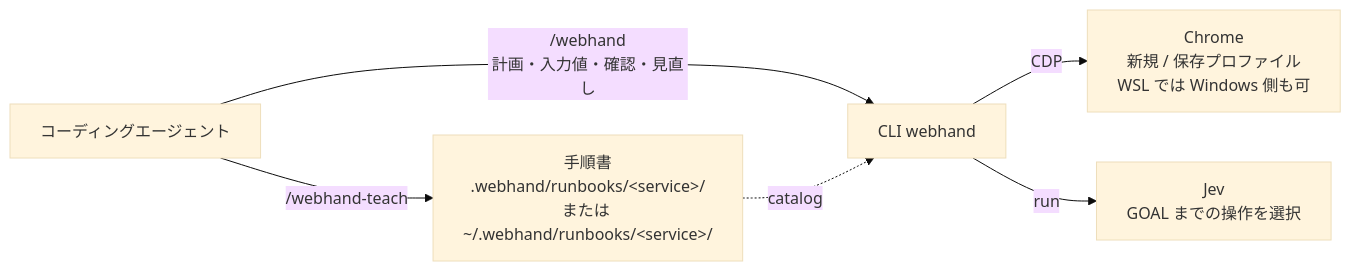
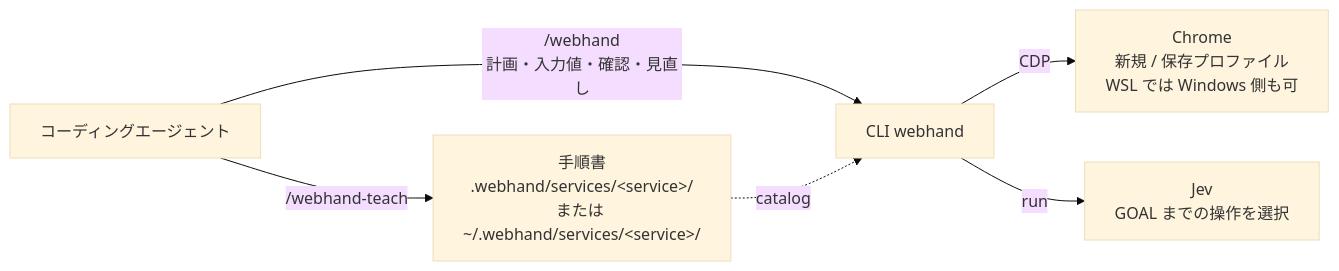
The diagram in docs/reference.ja.md (sakamoto66/webhand), drawn with Mermaid (base theme) before and after one commit. The commit also changed other lines of this file and 41 other files, not shown here.

````diff
--- a/docs/reference.ja.md
+++ b/docs/reference.ja.md
@@ -20,8 +20,8 @@
 ```mermaid
 flowchart LR
-  AG["コーディングエージェント"] -->|"/webhand-teach"| RB["手順書<br>.webhand/runbooks/#lt;service#gt;/<br>または ~/.webhand/runbooks/#lt;service#gt;/"]
+  AG["コーディングエージェント"] -->|"/webhand-teach"| RB["手順書<br>.webhand/services/#lt;service#gt;/<br>または ~/.webhand/services/#lt;service#gt;/"]
   AG -->|"/webhand<br>計画・入力値・確認・見直し"| CLI["CLI webhand"]
   RB -.->|"catalog"| CLI
   CLI -->|"CDP"| CH["Chrome<br>新規 / 保存プロファイル<br>WSL では Windows 側も可"]
   CLI -->|"run"| JEV["Jev<br>GOAL までの操作を選択"]
 ```
````
